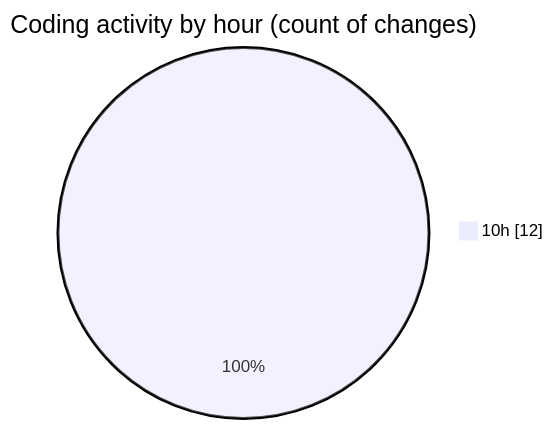
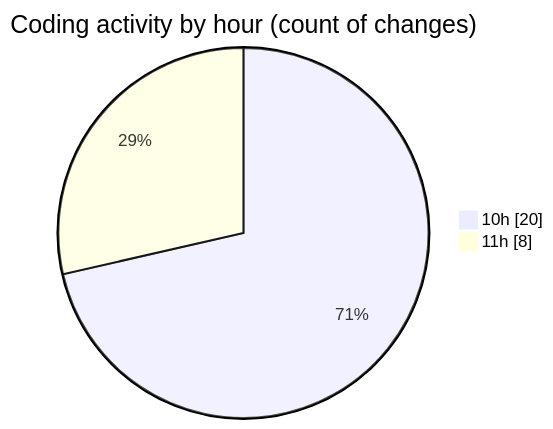
Before and after one commit to momahboobian/code-tracking: the second of 2 diagrams in 2025-07-28/cda/README.md, drawn with Mermaid. The commit also changed other lines of this file and 1 other file, not shown here.

````diff
--- a/2025-07-28/cda/README.md
+++ b/2025-07-28/cda/README.md
@@ -28,5 +28,6 @@
 ```mermaid
 pie showData
 title Coding activity by hour (count of changes)
-"10h" : 12
+"10h" : 20
+"11h" : 8
 ```
````
